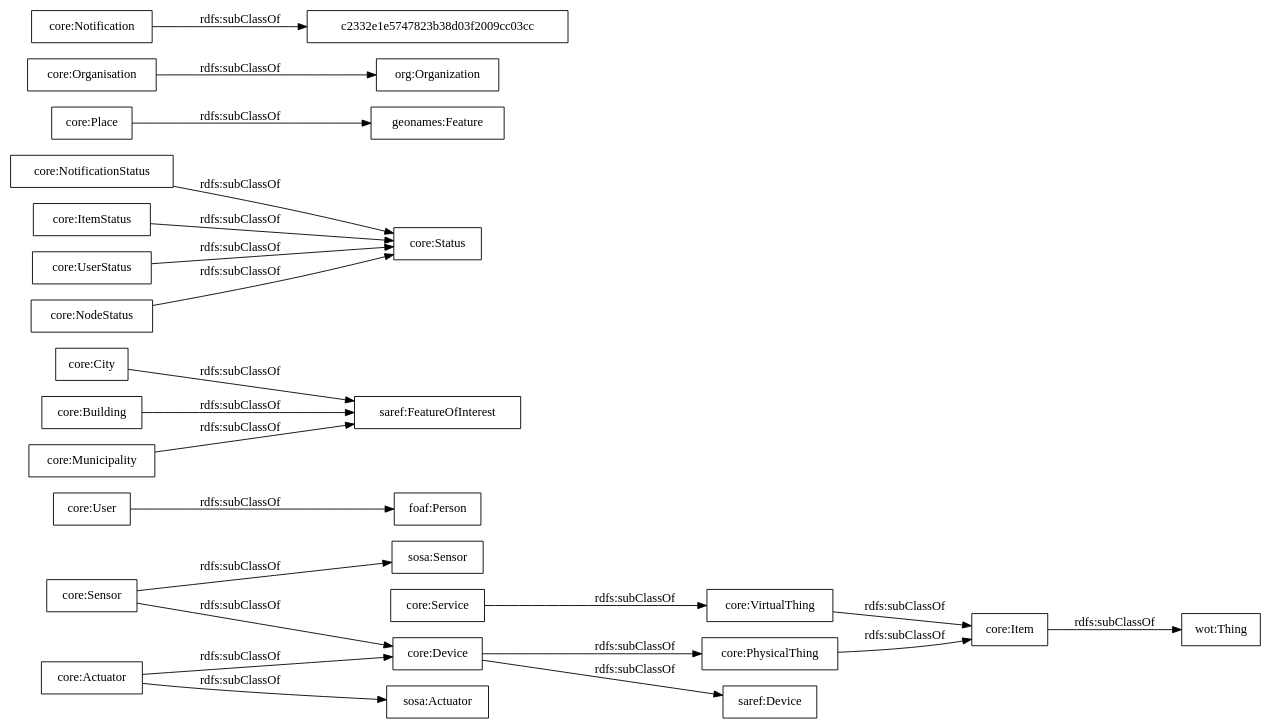
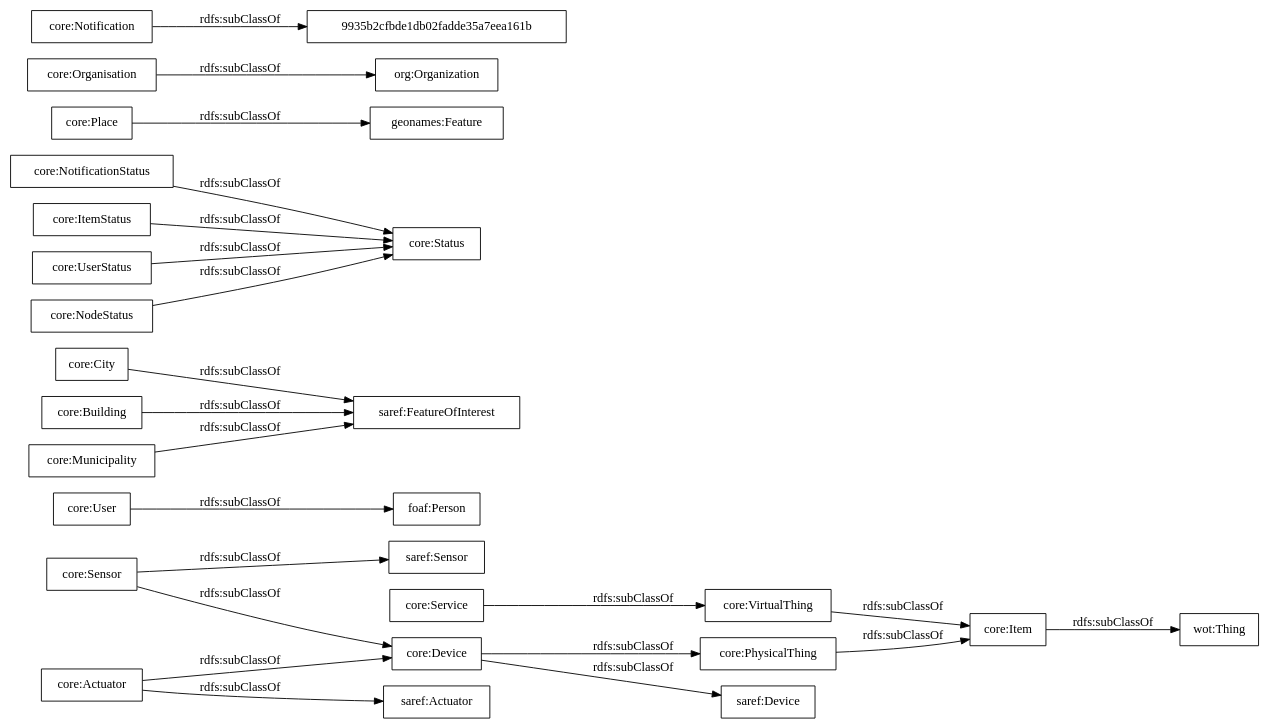
Before and after one commit to oeg-upm/auroral-core-ontology: the diagram in OnToology/ontology/auroral-core.ttl/diagrams/ar2dtool-taxonomy/auroral-core.ttl.png.dot, drawn with Graphviz. The commit also changed 12 other files, not shown here.

```diff
--- a/OnToology/ontology/auroral-core.ttl/diagrams/ar2dtool-taxonomy/auroral-core.ttl.png.dot
+++ b/OnToology/ontology/auroral-core.ttl/diagrams/ar2dtool-taxonomy/auroral-core.ttl.png.dot
@@ -1,27 +1,27 @@
 digraph ar2dtool_diagram { 
 rankdir=LR;
 size="1000"
-node [shape = rectangle, color="black"]; "wot:Thing" "core:User" "saref:Device" "core:City" "core:NotificationStatus" "geonames:Feature" "core:Status" "core:Service" "core:Device" "core:Sensor" "core:Actuator" "core:Organisation" "foaf:Person" "core:Building" "org:Organization" "core:Item" "core:Place" "core:Notification" "core:ItemStatus" "core:PhysicalThing" "sosa:Actuator" "core:UserStatus" "core:NodeStatus" "core:Municipality" "core:VirtualThing" "saref:FeatureOfInterest" "sosa:Sensor" "c2332e1e5747823b38d03f2009cc03cc" ; /*classes style*/
+node [shape = rectangle, color="black"]; "wot:Thing" "saref:Actuator" "core:User" "saref:Device" "core:City" "core:NotificationStatus" "geonames:Feature" "core:Status" "core:Service" "core:Device" "core:Sensor" "core:Actuator" "core:Organisation" "foaf:Person" "core:Building" "org:Organization" "core:Item" "9935b2cfbde1db02fadde35a7eea161b" "core:Place" "core:Notification" "core:ItemStatus" "core:PhysicalThing" "core:UserStatus" "core:NodeStatus" "core:Municipality" "core:VirtualThing" "saref:FeatureOfInterest" "saref:Sensor" ; /*classes style*/
 	"core:ItemStatus" -> "core:Status" [ label = "rdfs:subClassOf" ];
 	"core:Service" -> "core:VirtualThing" [ label = "rdfs:subClassOf" ];
 	"core:Organisation" -> "org:Organization" [ label = "rdfs:subClassOf" ];
 	"core:User" -> "foaf:Person" [ label = "rdfs:subClassOf" ];
 	"core:Building" -> "saref:FeatureOfInterest" [ label = "rdfs:subClassOf" ];
 	"core:PhysicalThing" -> "core:Item" [ label = "rdfs:subClassOf" ];
 	"core:Device" -> "saref:Device" [ label = "rdfs:subClassOf" ];
 	"core:Device" -> "core:PhysicalThing" [ label = "rdfs:subClassOf" ];
 	"core:Municipality" -> "saref:FeatureOfInterest" [ label = "rdfs:subClassOf" ];
 	"core:NodeStatus" -> "core:Status" [ label = "rdfs:subClassOf" ];
 	"core:UserStatus" -> "core:Status" [ label = "rdfs:subClassOf" ];
+	"core:Sensor" -> "saref:Sensor" [ label = "rdfs:subClassOf" ];
 	"core:Sensor" -> "core:Device" [ label = "rdfs:subClassOf" ];
-	"core:Sensor" -> "sosa:Sensor" [ label = "rdfs:subClassOf" ];
 	"core:VirtualThing" -> "core:Item" [ label = "rdfs:subClassOf" ];
+	"core:Actuator" -> "saref:Actuator" [ label = "rdfs:subClassOf" ];
 	"core:Actuator" -> "core:Device" [ label = "rdfs:subClassOf" ];
-	"core:Actuator" -> "sosa:Actuator" [ label = "rdfs:subClassOf" ];
 	"core:Item" -> "wot:Thing" [ label = "rdfs:subClassOf" ];
 	"core:Place" -> "geonames:Feature" [ label = "rdfs:subClassOf" ];
-	"core:Notification" -> "c2332e1e5747823b38d03f2009cc03cc" [ label = "rdfs:subClassOf" ];
+	"core:Notification" -> "9935b2cfbde1db02fadde35a7eea161b" [ label = "rdfs:subClassOf" ];
 	"core:NotificationStatus" -> "core:Status" [ label = "rdfs:subClassOf" ];
 	"core:City" -> "saref:FeatureOfInterest" [ label = "rdfs:subClassOf" ];
 
 }
```
